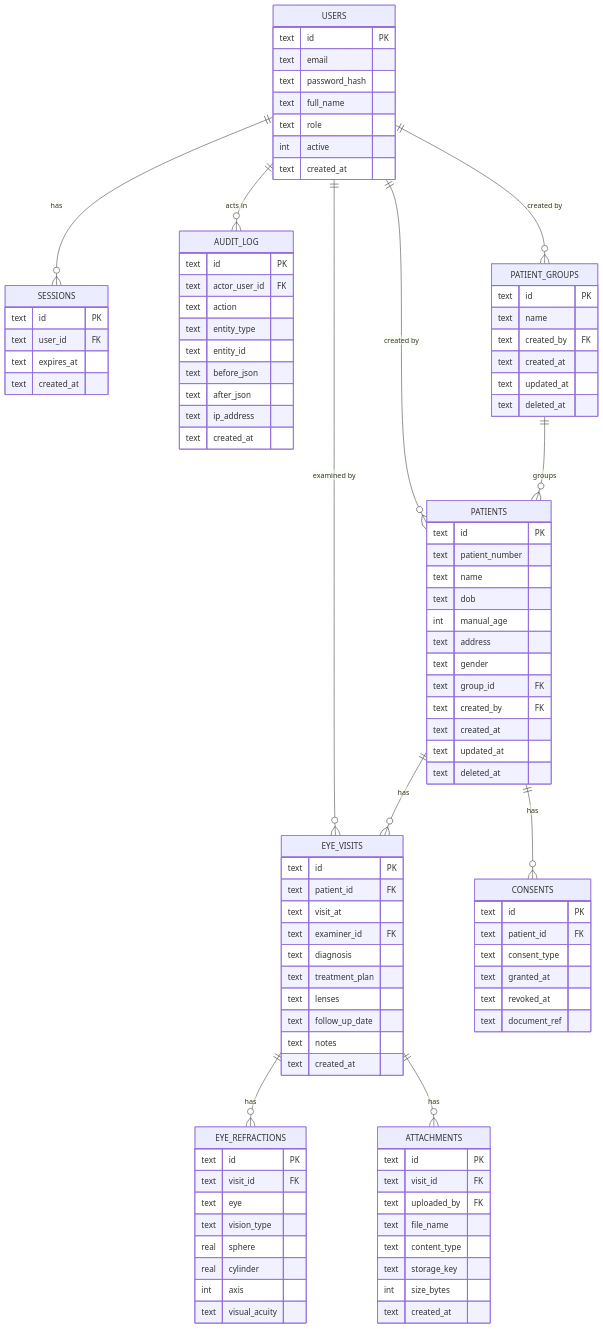
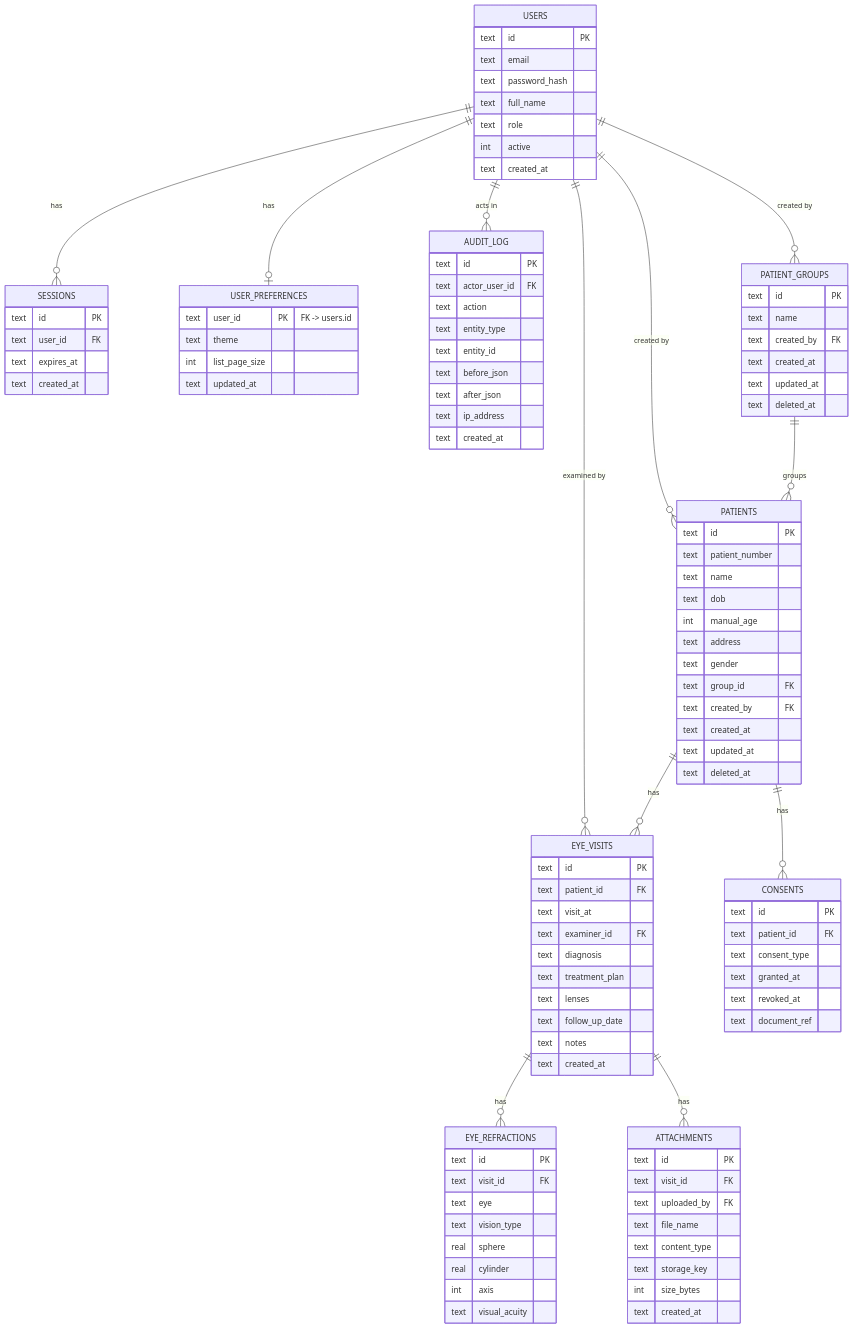
Before and after one commit to hashwani19/Testhash: the second of 2 diagrams in docs/design.md, drawn with Mermaid. The commit also changed other lines of this file and 13 other files, not shown here.

````diff
--- a/docs/design.md
+++ b/docs/design.md
@@ -123,6 +123,7 @@
 ```mermaid
 erDiagram
     USERS ||--o{ SESSIONS : has
+    USERS ||--o| USER_PREFERENCES : has
     USERS ||--o{ AUDIT_LOG : "acts in"
     USERS ||--o{ PATIENTS : "created by"
     USERS ||--o{ EYE_VISITS : "examined by"
@@ -221,4 +222,10 @@
         text expires_at
         text created_at
     }
+    USER_PREFERENCES {
+        text user_id PK "FK -> users.id"
+        text theme
+        int list_page_size
+        text updated_at
+    }
 ```
````
